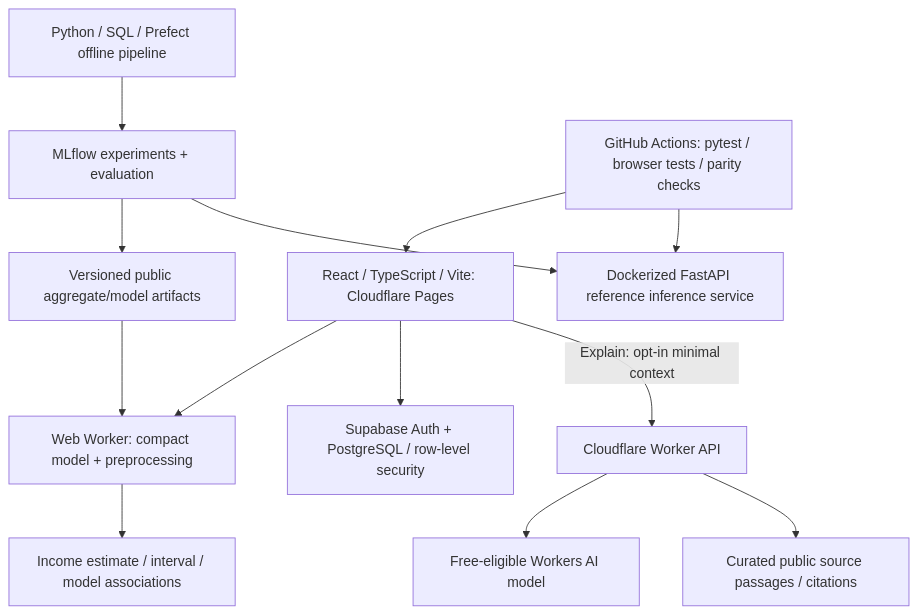
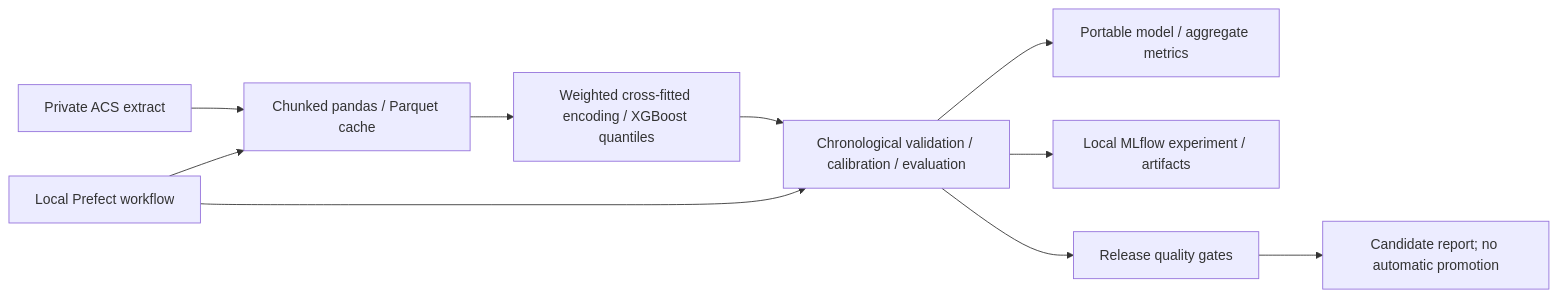
One commit to tranle1411/wageinsight changed the second of 2 diagrams in ARCHITECTURE.md. Above: the diagram before and after it, drawn with Mermaid. The commit also changed other lines of this file and 30 other files, not shown here.

First line of the commit message:
personalized AI and run Prefect + MLflow

````diff
--- a/ARCHITECTURE.md
+++ b/ARCHITECTURE.md
@@ -109,15 +28,12 @@
 ```mermaid
-flowchart TB
-  A[React / TypeScript / Vite: Cloudflare Pages] --> B[Web Worker: compact model + preprocessing]
-  B --> C[Income estimate / interval / model associations]
-  A --> D[Supabase Auth + PostgreSQL / row-level security]
-  A -->|Explain: opt-in minimal context| E[Cloudflare Worker API]
-  E --> F[Free-eligible Workers AI model]
-  E --> G[Curated public source passages / citations]
-  H[Python / SQL / Prefect offline pipeline] --> I[MLflow experiments + evaluation]
-  I --> J[Versioned public aggregate/model artifacts]
-  J --> B
-  I --> K[Dockerized FastAPI reference inference service]
-  L[GitHub Actions: pytest / browser tests / parity checks] --> A
-  L --> K
+flowchart LR
+  D[Private ACS extract] --> P[Chunked pandas / Parquet cache]
+  P --> X[Weighted cross-fitted encoding / XGBoost quantiles]
+  X --> Q[Chronological validation / calibration / evaluation]
+  Q --> M[Portable model / aggregate metrics]
+  F[Local Prefect workflow] --> P
+  F --> Q
+  Q --> L[Local MLflow experiment / artifacts]
+  Q --> G[Release quality gates]
+  G --> K[Candidate report; no automatic promotion]
 ```
````
